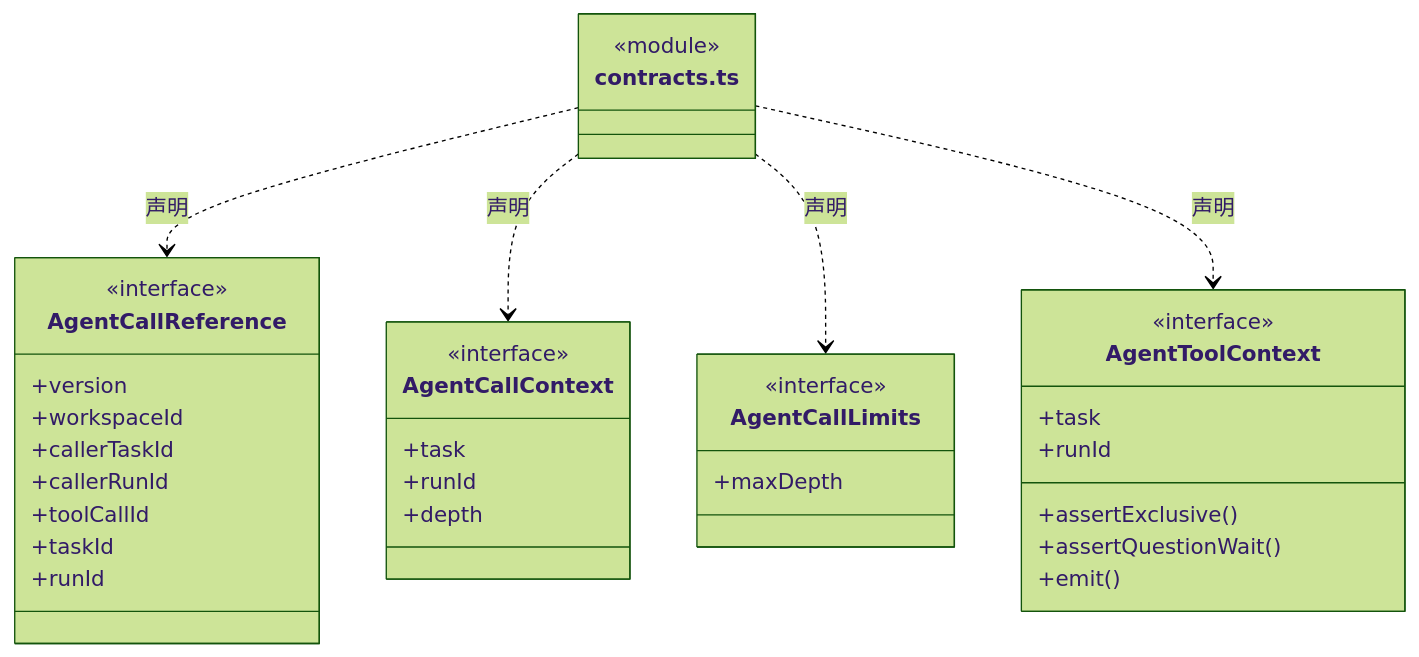
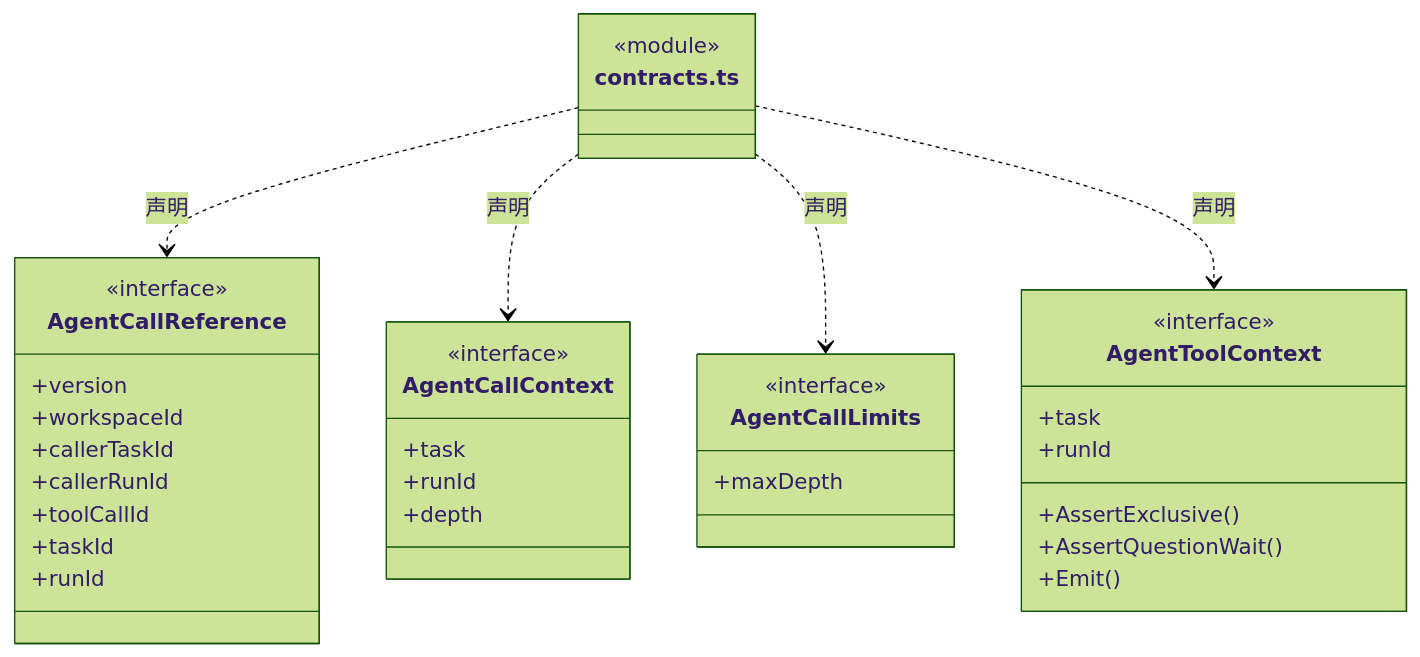
The third of 7 diagrams in src/logic/agents/ARCHITECTURE.md (nan023062/cbim), drawn with Mermaid (forest theme) before and after one commit. The commit also changed other lines of this file and 1035 other files, not shown here.

````diff
--- a/src/logic/agents/ARCHITECTURE.md
+++ b/src/logic/agents/ARCHITECTURE.md
@@ -66,38 +66,38 @@
 ```mermaid
 classDiagram
 class N_src_logic_agents_contracts_ts["contracts.ts"] {
   <<module>>
 }
 class N_src_logic_agents_contracts_ts_AgentCallReference["AgentCallReference"] {
   <<interface>>
   +version
   +workspaceId
   +callerTaskId
   +callerRunId
   +toolCallId
   +taskId
   +runId
 }
 N_src_logic_agents_contracts_ts ..> N_src_logic_agents_contracts_ts_AgentCallReference : 声明
 class N_src_logic_agents_contracts_ts_AgentCallContext["AgentCallContext"] {
   <<interface>>
   +task
   +runId
   +depth
 }
 N_src_logic_agents_contracts_ts ..> N_src_logic_agents_contracts_ts_AgentCallContext : 声明
 class N_src_logic_agents_contracts_ts_AgentCallLimits["AgentCallLimits"] {
   <<interface>>
   +maxDepth
 }
 N_src_logic_agents_contracts_ts ..> N_src_logic_agents_contracts_ts_AgentCallLimits : 声明
 class N_src_logic_agents_contracts_ts_AgentToolContext["AgentToolContext"] {
   <<interface>>
   +task
   +runId
-  +assertExclusive()
-  +assertQuestionWait()
-  +emit()
+  +AssertExclusive()
+  +AssertQuestionWait()
+  +Emit()
 }
 N_src_logic_agents_contracts_ts ..> N_src_logic_agents_contracts_ts_AgentToolContext : 声明
 ```
````
